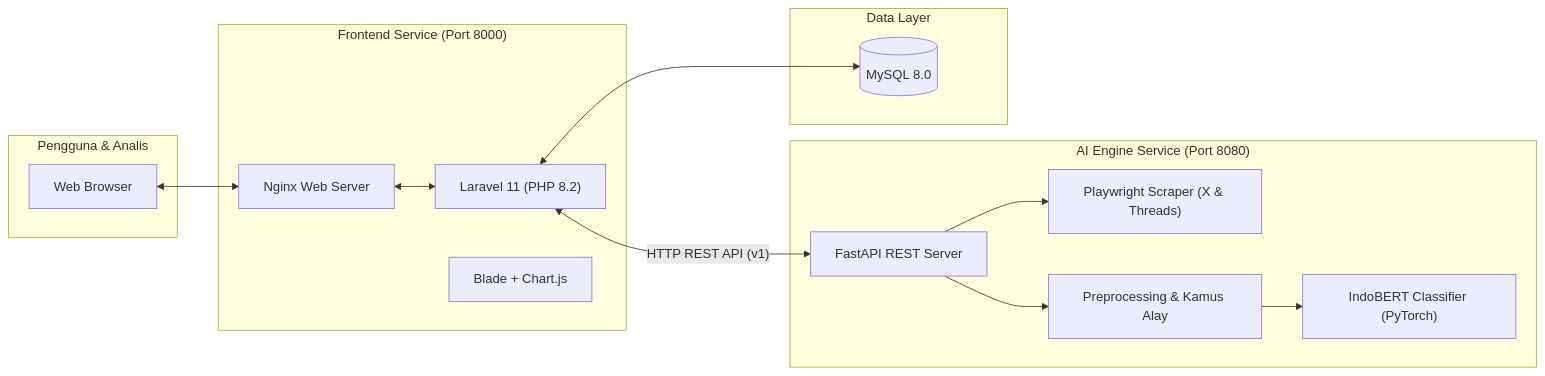
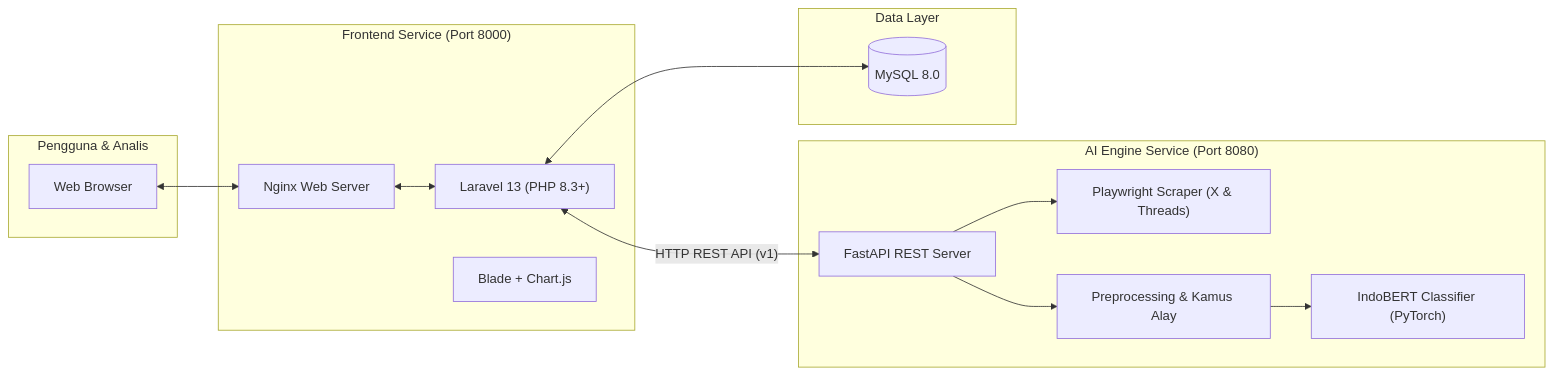
The diagram in README.md (cipalipampam/hate-speech-detection), drawn with Mermaid before and after one commit. The commit also changed other lines of this file and 2 other files, not shown here.

````diff
--- a/README.md
+++ b/README.md
@@ -93,31 +95,31 @@
 ```mermaid
 flowchart LR
     subgraph Klien["Pengguna & Analis"]
         U["Web Browser"]
     end
 
     subgraph Frontend["Frontend Service (Port 8000)"]
-        L["Laravel 11 (PHP 8.2)"]
+        L["Laravel 13 (PHP 8.3+)"]
         B["Blade + Chart.js"]
         N["Nginx Web Server"]
     end
 
     subgraph Backend["AI Engine Service (Port 8080)"]
         F["FastAPI REST Server"]
         P["Playwright Scraper (X & Threads)"]
         PR["Preprocessing & Kamus Alay"]
         IB["IndoBERT Classifier (PyTorch)"]
     end
 
     subgraph Database["Data Layer"]
         DB[("MySQL 8.0")]
     end
 
     U <--> N
     N <--> L
     L <--> DB
     L <-->|"HTTP REST API (v1)"| F
     F --> P
     F --> PR
     PR --> IB
 ```
````
